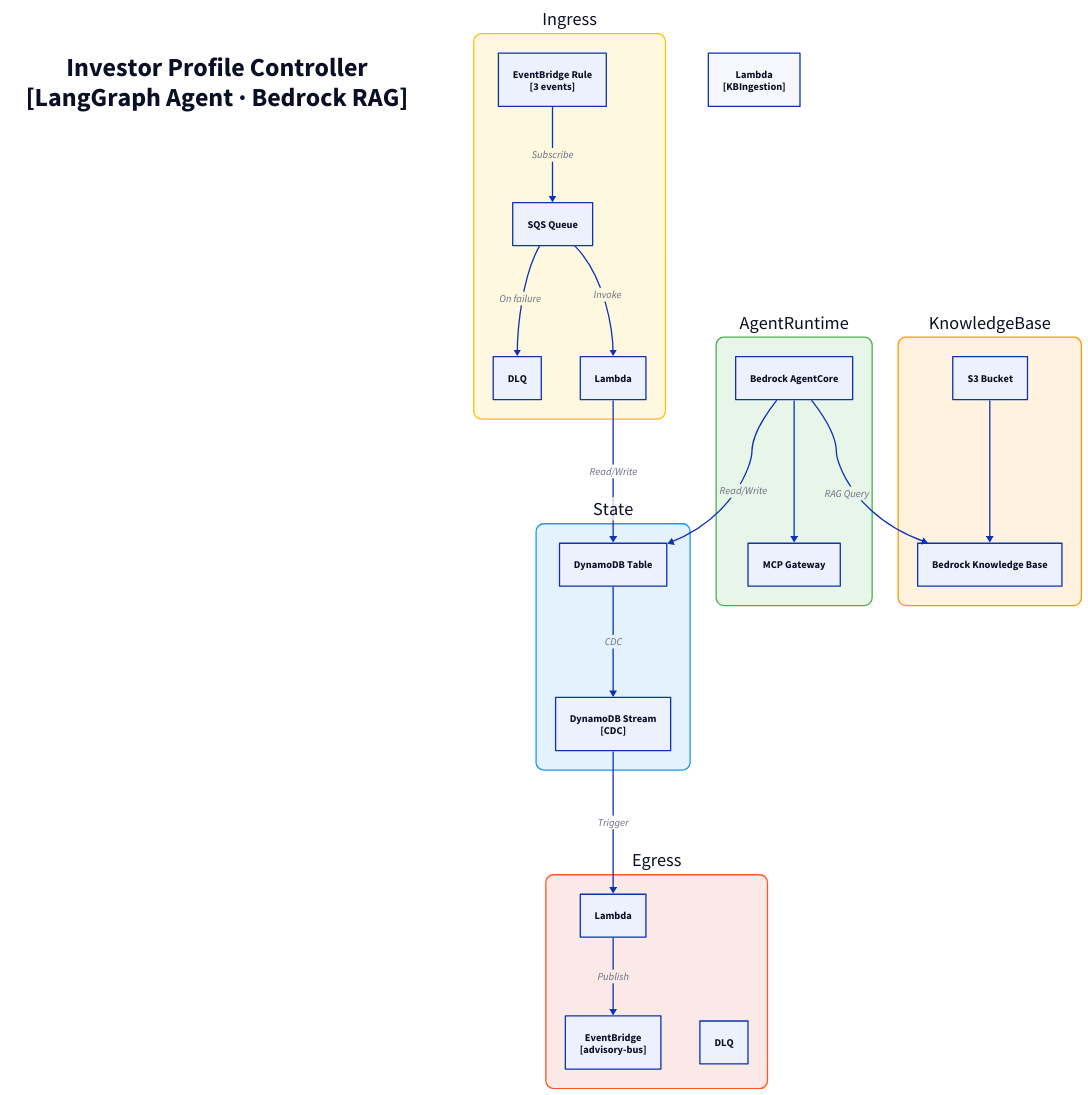
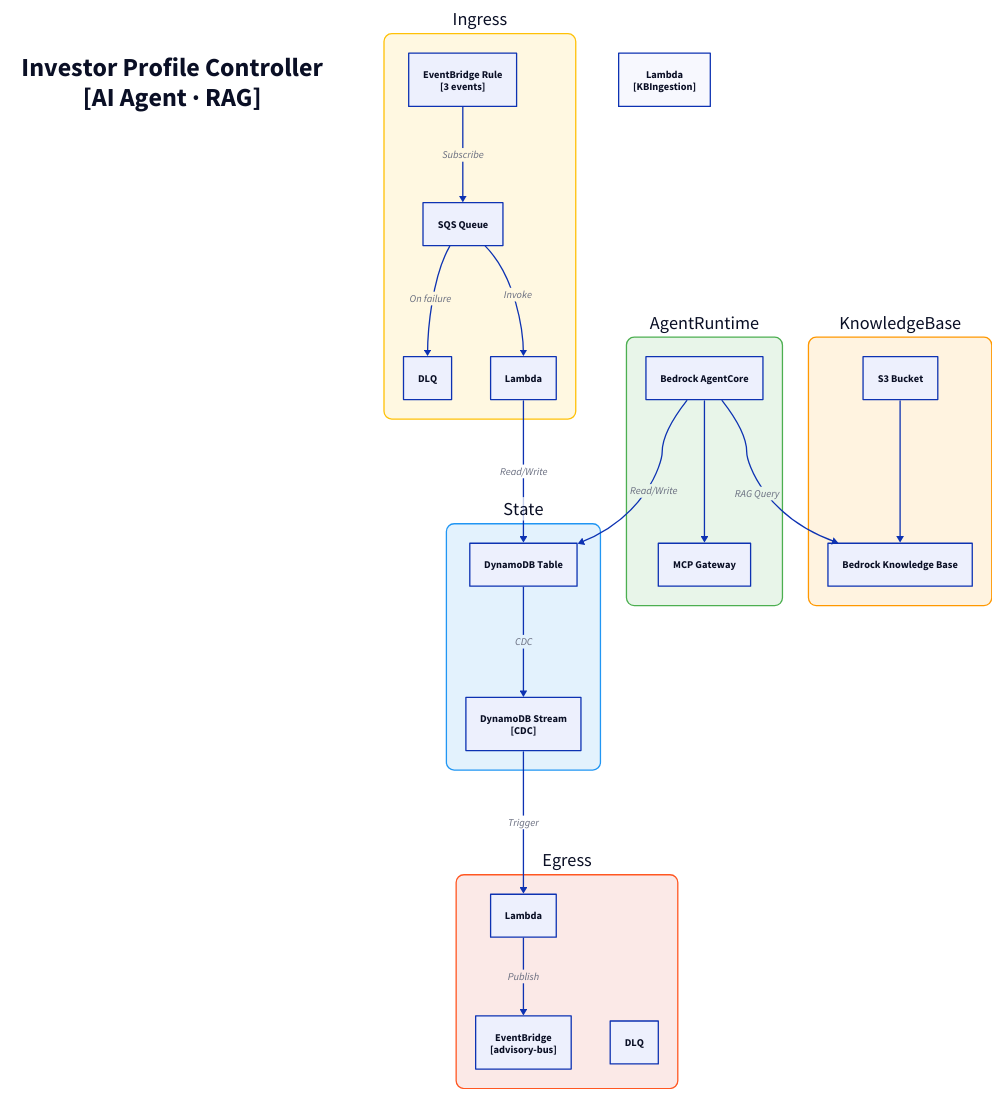
One commit to fabio-vitali/nestfolio changed the diagram in docs/architecture/c3/investor-profile-ctrl.d2. Above: the diagram before and after it, drawn with D2. The commit also changed 32 other files, not shown here.

Commit message:
fix: c4 diagram fixes

```diff
--- a/docs/architecture/c3/investor-profile-ctrl.d2
+++ b/docs/architecture/c3/investor-profile-ctrl.d2
@@ -1,55 +1,55 @@
 direction: down
 
-title: "Investor Profile Controller\n[LangGraph Agent · Bedrock RAG]" {
+title: "Investor Profile Controller\n[AI Agent · RAG]" {
   style: { font-size: 40; bold: true; fill: transparent; stroke: transparent }
 }
 
 ingress: "Ingress" {
   style: { fill: "#FFF8E1"; stroke: "#FFC107"; border-radius: 12; font-size: 28 }
   rule: "EventBridge Rule\n[3 events]" { class: aws-eventbridge }
   sqs: "SQS Queue" { class: aws-sqs }
   dlq: "DLQ" { class: aws-dlq }
   handler: "Lambda" { class: aws-lambda }
 
   rule -> sqs: Subscribe
   sqs -> handler: Invoke
   sqs -> dlq: On failure
 }
 
 state: "State" {
   style: { fill: "#E3F2FD"; stroke: "#2196F3"; border-radius: 12; font-size: 28 }
   table: "DynamoDB Table" { class: aws-dynamodb }
   stream: "DynamoDB Stream\n[CDC]" { class: aws-ddb-stream }
   table -> stream: CDC
 }
 
 egress: "Egress" {
   style: { fill: "#FBE9E7"; stroke: "#FF5722"; border-radius: 12; font-size: 28 }
   processor: "Lambda" { class: aws-lambda }
   bus: "EventBridge\n[advisory-bus]" { class: aws-eventbridge }
   dlq: "DLQ" { class: aws-dlq }
 
   processor -> bus: Publish
 }
 
 agent-runtime: "AgentRuntime" {
   style: { fill: "#E8F5E9"; stroke: "#4CAF50"; border-radius: 12; font-size: 28 }
   runtime: "Bedrock AgentCore" { class: aws-bedrock }
   gateway: "MCP Gateway" { class: aws-lambda }
   runtime -> gateway
 }
 
 knowledge-base: "KnowledgeBase" {
   style: { fill: "#FFF3E0"; stroke: "#FF9800"; border-radius: 12; font-size: 28 }
   kb: "Bedrock Knowledge Base" { class: aws-bedrock }
   s3: "S3 Bucket" { class: aws-s3 }
   s3 -> kb
 }
 
 kbingestion: "Lambda\n[KBIngestion]" { class: aws-lambda }
 
 # Flows
 ingress.handler -> state.table: Read/Write
 state.stream -> egress.processor: Trigger
 agent-runtime.runtime -> knowledge-base.kb: RAG Query
 agent-runtime.runtime -> state.table: Read/Write
```
